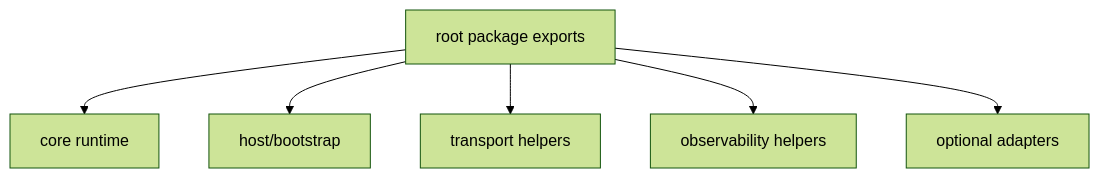
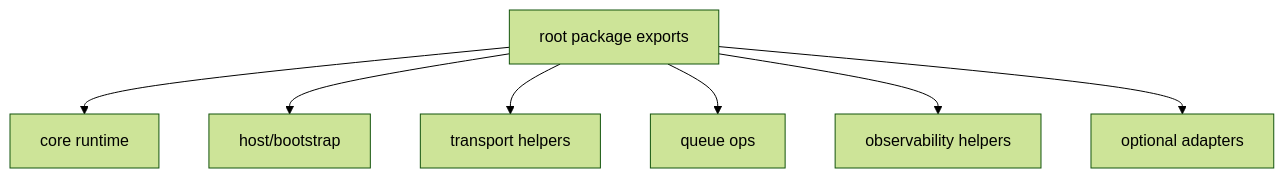
Before and after one commit to idenstra/messaging-runtime: the first of 2 diagrams in docs/ARCHITECTURE.md, drawn with Mermaid (forest theme). The commit also changed other lines of this file and 14 other files, not shown here.

````diff
--- a/docs/ARCHITECTURE.md
+++ b/docs/ARCHITECTURE.md
@@ -90,15 +68,17 @@
 ```mermaid
 flowchart TD
   Root["root package exports"]
   Core["core runtime"]
   Host["host/bootstrap"]
   Transport["transport helpers"]
+  QueueOps["queue ops"]
   Observability["observability helpers"]
-  Adapter["optional adapters"]
+  Adapters["optional adapters"]
 
   Root --> Core
   Root --> Host
   Root --> Transport
+  Root --> QueueOps
   Root --> Observability
-  Root --> Adapter
+  Root --> Adapters
 ```
````
